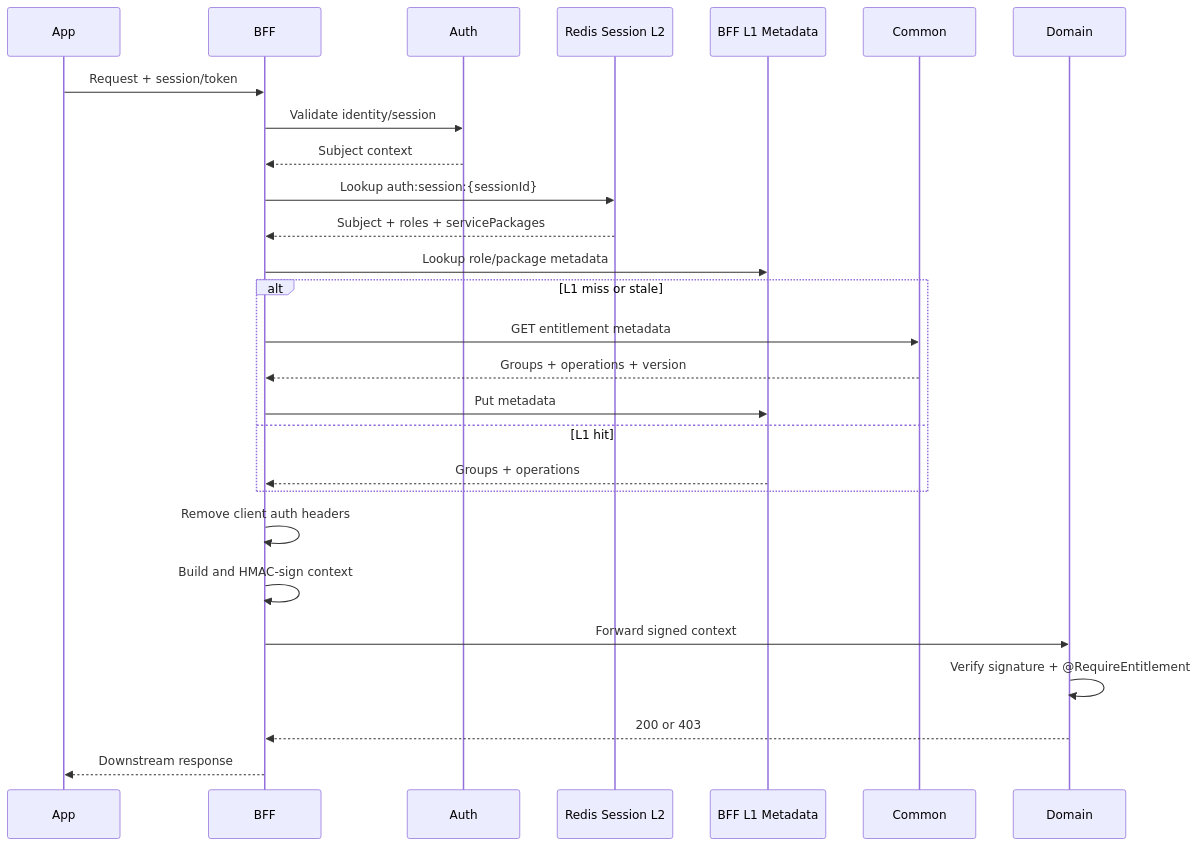
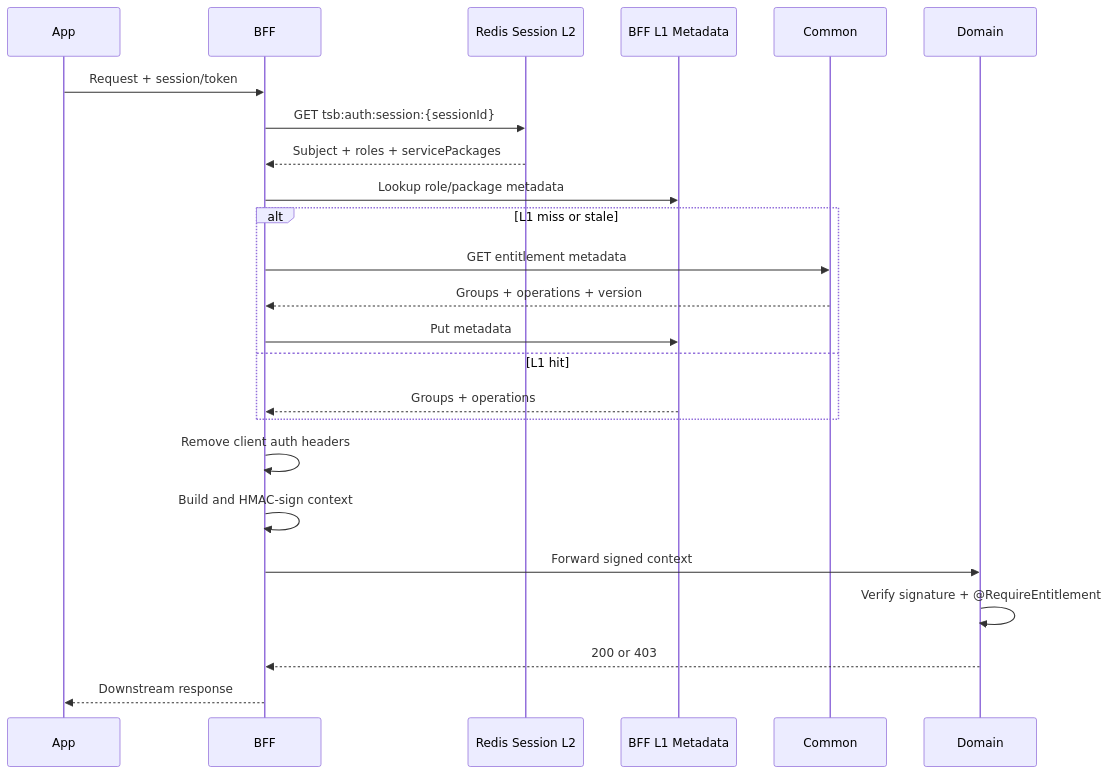
Before and after one commit to chinhlason/openbanking: the diagram in plan/entitlement-enrichment-implementation-plan.md, drawn with Mermaid. The commit also changed other lines of this file and 91 other files, not shown here.

````diff
--- a/plan/entitlement-enrichment-implementation-plan.md
+++ b/plan/entitlement-enrichment-implementation-plan.md
@@ -128,29 +131,26 @@
 ```mermaid
 sequenceDiagram
   participant App
   participant BFF
-  participant Auth
   participant L2 as Redis Session L2
   participant L1 as BFF L1 Metadata
   participant Common
   participant Domain
   App->>BFF: Request + session/token
-  BFF->>Auth: Validate identity/session
-  Auth-->>BFF: Subject context
-  BFF->>L2: Lookup auth:session:{sessionId}
+  BFF->>L2: GET tsb:auth:session:{sessionId}
   L2-->>BFF: Subject + roles + servicePackages
   BFF->>L1: Lookup role/package metadata
   alt L1 miss or stale
     BFF->>Common: GET entitlement metadata
     Common-->>BFF: Groups + operations + version
     BFF->>L1: Put metadata
   else L1 hit
     L1-->>BFF: Groups + operations
   end
   BFF->>BFF: Remove client auth headers
   BFF->>BFF: Build and HMAC-sign context
   BFF->>Domain: Forward signed context
   Domain->>Domain: Verify signature + @RequireEntitlement
   Domain-->>BFF: 200 or 403
   BFF-->>App: Downstream response
 ```
````
